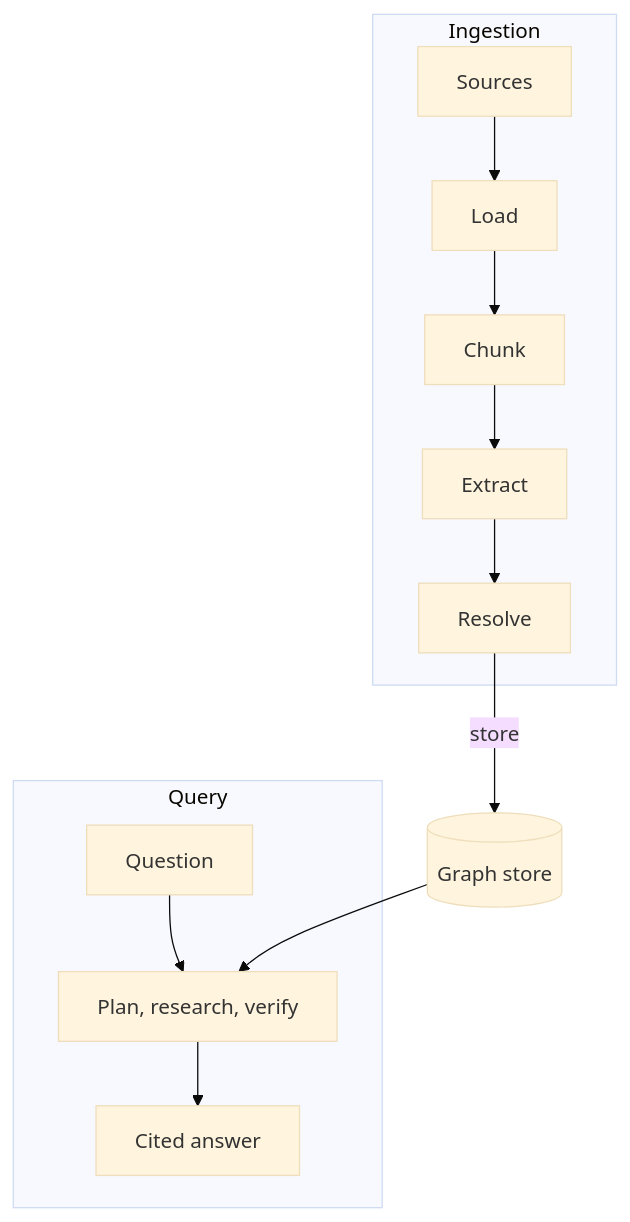
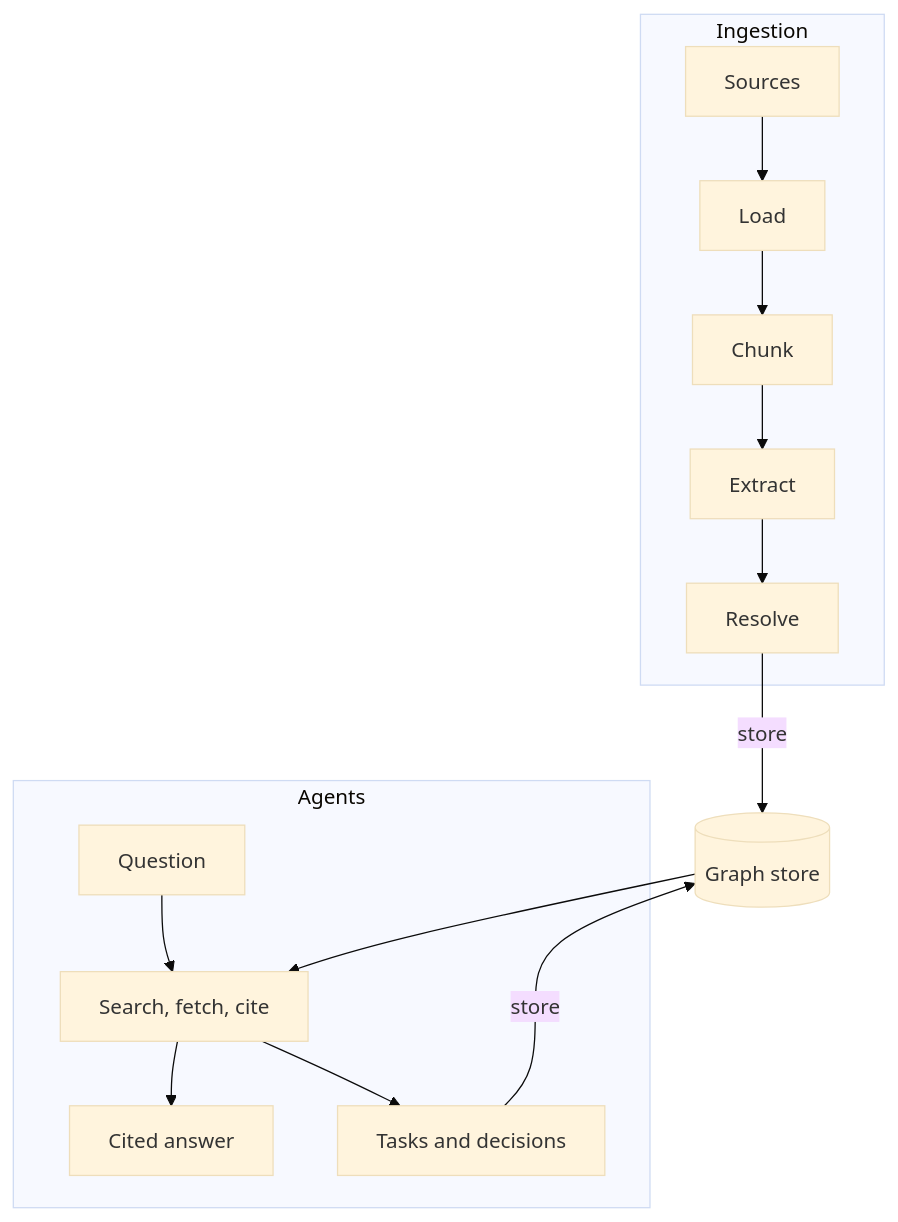
Before and after one commit to ontogr/agentic-graphrag: the diagram in docs/docs/concepts/architecture.mdx, drawn with Mermaid (base theme). The commit also changed other lines of this file and 4 other files, not shown here.

````diff
--- a/docs/docs/concepts/architecture.mdx
+++ b/docs/docs/concepts/architecture.mdx
@@ -21,15 +21,17 @@
 ```mermaid
 flowchart TD
     subgraph Ingestion
         S[Sources] --> L[Load]
         L --> C[Chunk]
         C --> X[Extract]
         X --> R[Resolve]
     end
     R -->|store| G[(Graph store)]
-    subgraph Query
-        Q[Question] --> AG[Plan, research, verify]
+    subgraph Agents
+        Q[Question] --> AG[Search, fetch, cite]
         AG --> A[Cited answer]
+        AG --> M[Tasks and decisions]
     end
     G --> AG
+    M -->|store| G
 ```
````
